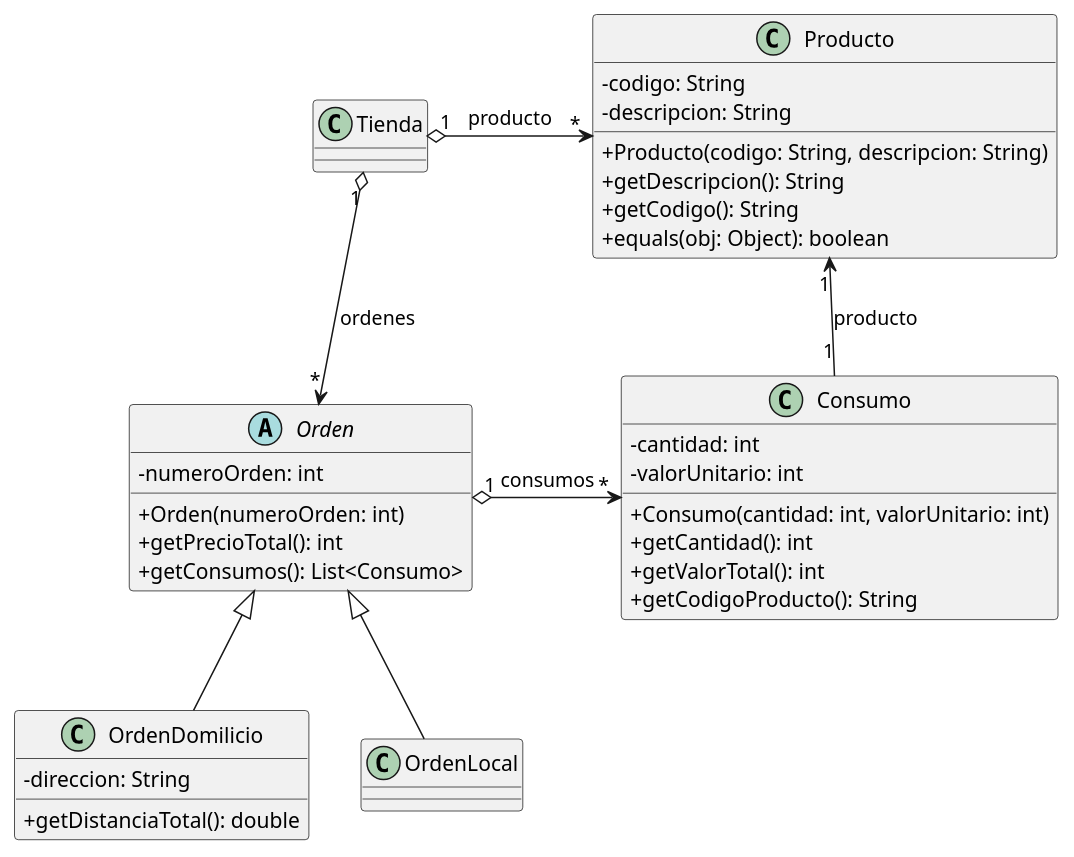
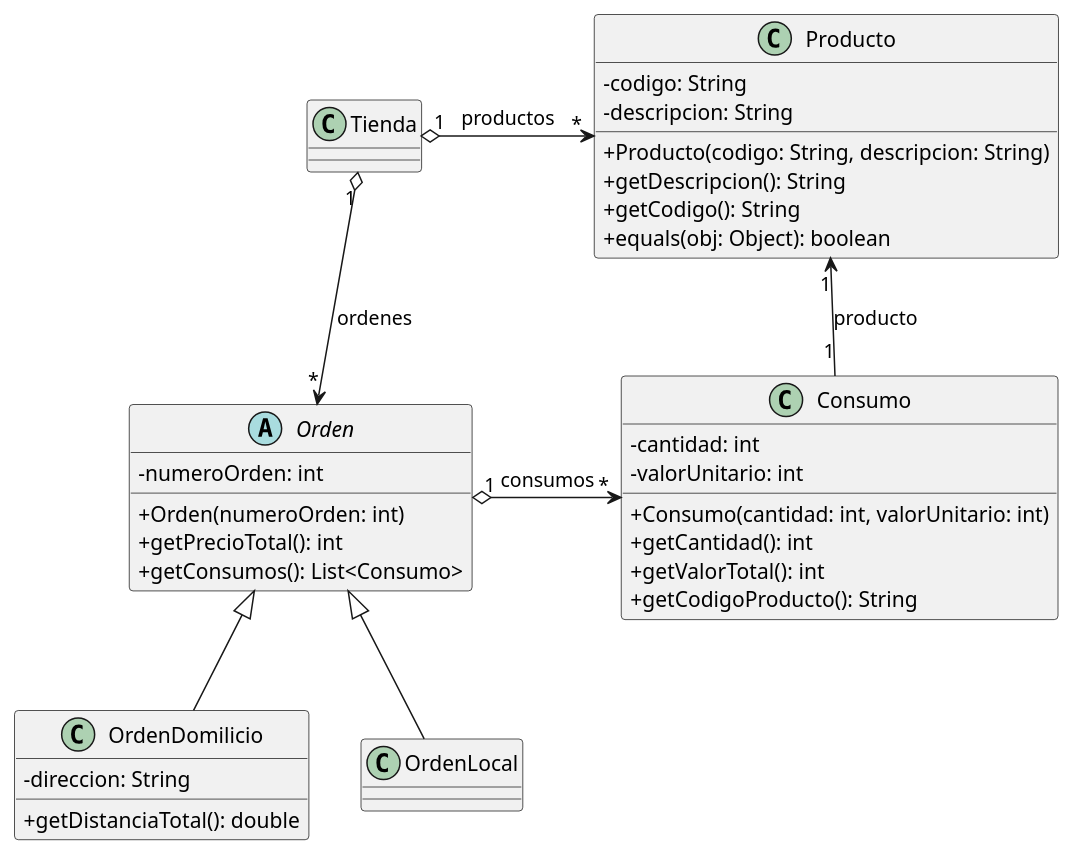
One commit to clase-programacion-avanzada/Parcial3_2330 changed the diagram in Parcial2-2330-diagrama.puml. Above: the diagram before and after it, drawn with PlantUML. The commit also changed 1 other file, not shown here.

```diff
--- a/Parcial2-2330-diagrama.puml
+++ b/Parcial2-2330-diagrama.puml
@@ -1,51 +1,51 @@
 @startuml
 skinparam classAttributeIconSize 0
 
 class Producto {
     - codigo: String
     - descripcion: String
 
     + Producto(codigo: String, descripcion: String)
     + getDescripcion(): String
     + getCodigo(): String
     + equals(obj: Object): boolean
 }
 
 class Consumo {
     - cantidad: int
     - valorUnitario: int
 
     + Consumo(cantidad: int, valorUnitario: int)
     + getCantidad(): int
     + getValorTotal(): int
     + getCodigoProducto(): String
 }
 
 abstract class Orden {
     - numeroOrden: int
 
     + Orden(numeroOrden: int)
     + getPrecioTotal(): int
     + getConsumos(): List<Consumo>
 }
 
 class OrdenDomilicio extends Orden {
     - direccion: String
 
     + getDistanciaTotal(): double
 }
 
 class OrdenLocal extends Orden {
 
 }
 
 class Tienda {
 }
 
 ' Relaciones
 Producto "1" <-- "1" Consumo : producto
 Orden "1" o-> "*" Consumo : consumos
 Tienda "1" o--> "*" Orden : ordenes
-Tienda "1" o-> "*" Producto : producto
+Tienda "1" o-> "*" Producto : productos
 
 @enduml
```
